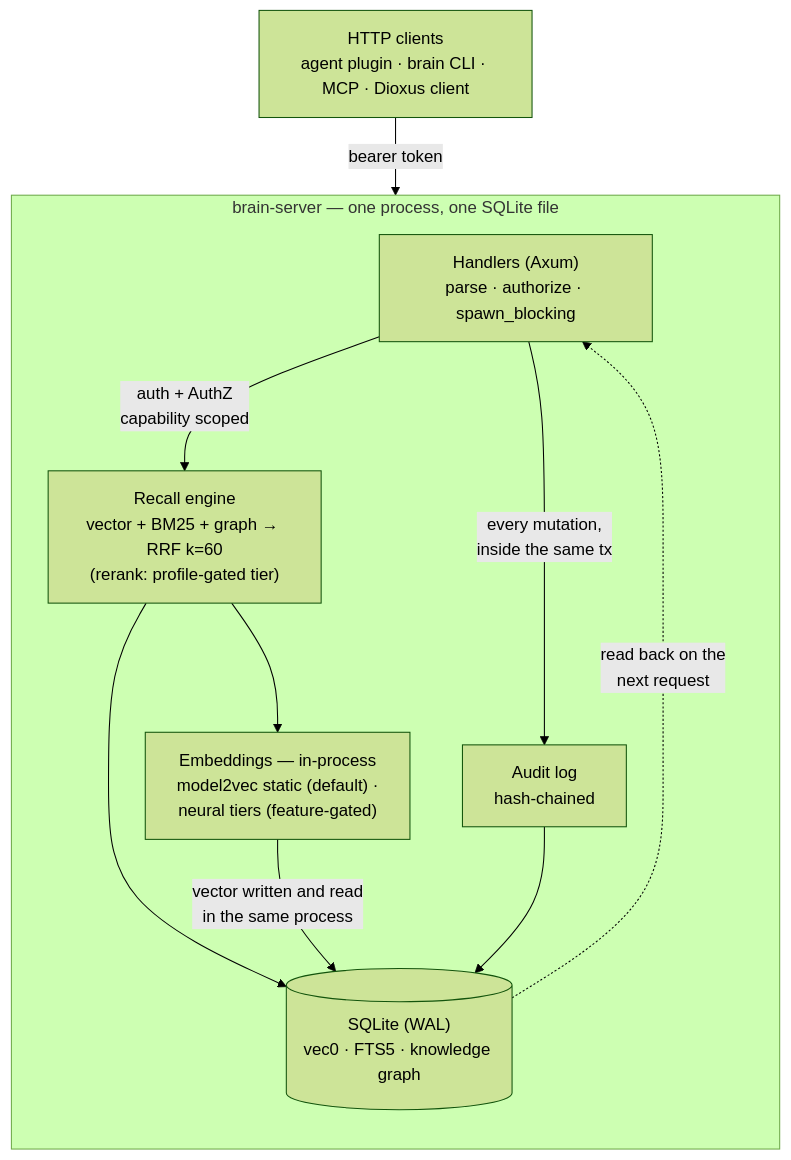
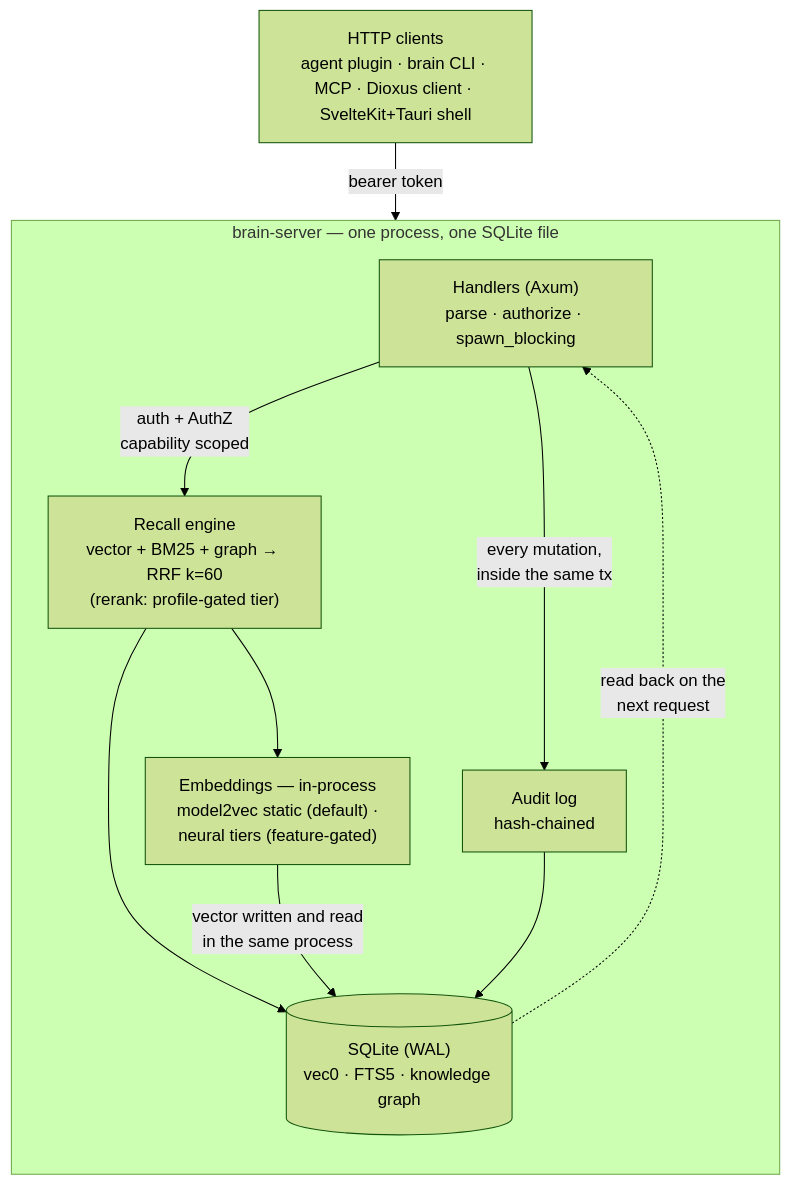
Before and after one commit to markfietje/brain-server: the sixth of 7 diagrams in docs/architecture.md, drawn with Mermaid (forest theme). The commit also changed 46 other files, not shown here.

````diff
--- a/docs/architecture.md
+++ b/docs/architecture.md
@@ -702,22 +702,22 @@
 ```mermaid
 flowchart TB
-    CLI["HTTP clients<br/>agent plugin · brain CLI · MCP · Dioxus client"]
+    CLI["HTTP clients<br/>agent plugin · brain CLI · MCP · Dioxus client · SvelteKit+Tauri shell"]
 
     subgraph PROC["brain-server — one process, one SQLite file"]
         direction TB
         H["Handlers (Axum)<br/>parse · authorize · spawn_blocking"]
         R["Recall engine<br/>vector + BM25 + graph → RRF k=60<br/>(rerank: profile-gated tier)"]
         E["Embeddings — in-process<br/>model2vec static (default) ·<br/>neural tiers (feature-gated)"]
         DB[("SQLite (WAL)<br/>vec0 · FTS5 · knowledge graph")]
         A["Audit log<br/>hash-chained"]
     end
 
     CLI -->|"bearer token"| H
     H -->|"auth + AuthZ<br/>capability scoped"| R
     R --> DB
     R --> E
     E -->|"vector written and read<br/>in the same process"| DB
     H -->|"every mutation,<br/>inside the same tx"| A
     A --> DB
     DB -.->|"read back on the<br/>next request"| H
 ```
````
